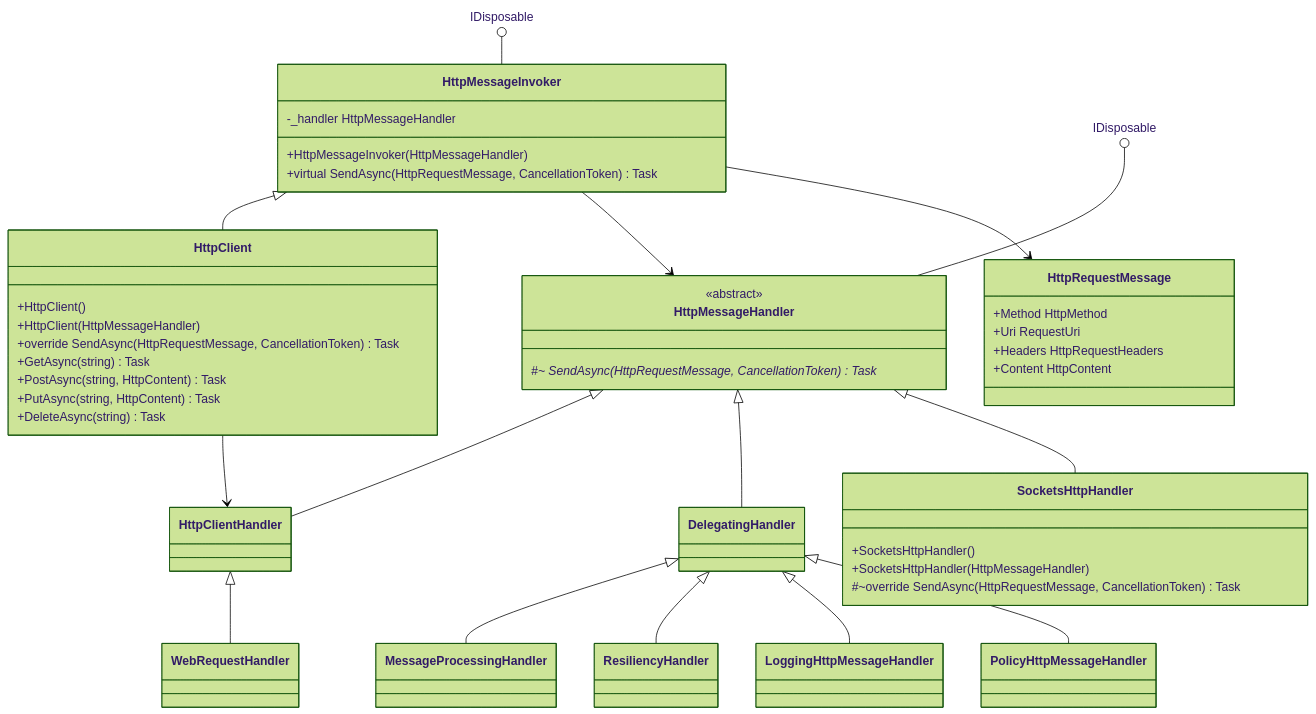
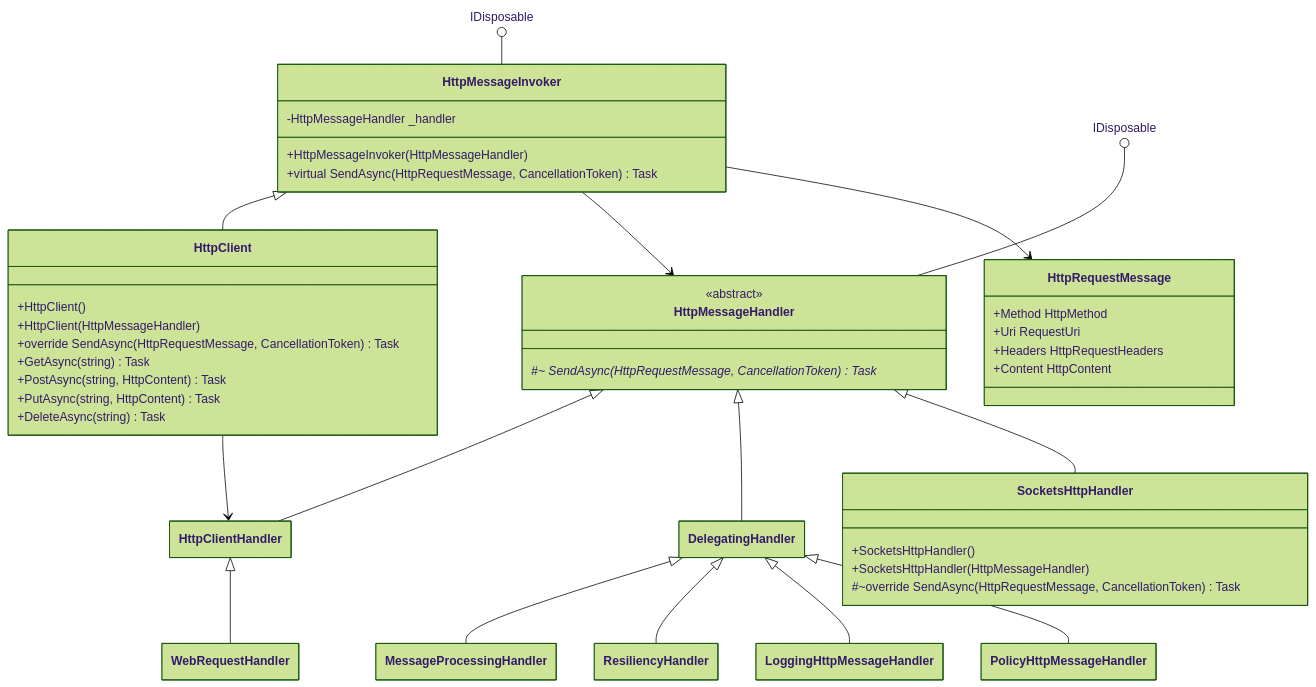
Before and after one commit to PacktPublishing/Expert-CSharp-Programming: the third of 6 diagrams in ch04/ClassHierarchies.md, drawn with Mermaid (forest theme). The commit also changed other lines of this file and 7 other files, not shown here.

````diff
--- a/ch04/ClassHierarchies.md
+++ b/ch04/ClassHierarchies.md
@@ -51,57 +65,61 @@
 ```mermaid
+---
+  config:
+    class:
+      hideEmptyMembersBox: true
+---
 classDiagram
     HttpMessageInvoker <|-- HttpClient
     HttpMessageHandler <|-- HttpClientHandler
     HttpMessageHandler <|-- DelegatingHandler
     DelegatingHandler <|-- MessageProcessingHandler
     DelegatingHandler <|-- ResiliencyHandler
     DelegatingHandler <|-- LoggingHttpMessageHandler
     DelegatingHandler <|-- PolicyHttpMessageHandler
     HttpMessageHandler <|-- SocketsHttpHandler
     HttpClientHandler <|-- WebRequestHandler
     HttpMessageInvoker --> HttpMessageHandler
     HttpMessageInvoker --> HttpRequestMessage
     HttpClient --> HttpClientHandler
     
 %%    note for HttpClientHandler "This is the default handler with the .NET Framework and up to .NET Core 2"
 %%    note for DelegatingHandler "This is the base class for delegating requests to inner handlers"
 %%    note for SocketsHttpHandler "This is the default handler with .NET Core 2.1 and up"
 
     IDisposable ()-- HttpMessageInvoker
     IDisposable ()-- HttpMessageHandler
 
     class HttpMessageInvoker{
-        -_handler HttpMessageHandler
+        -HttpMessageHandler _handler
         +HttpMessageInvoker(HttpMessageHandler)
         +virtual SendAsync(HttpRequestMessage, CancellationToken) Task<HttpResponseMessage>
     }
 
     class HttpClient{
         +HttpClient()
         +HttpClient(HttpMessageHandler)
         +override SendAsync(HttpRequestMessage, CancellationToken) Task<HttpResponseMessage>
         +GetAsync(string) Task<HttpResponseMessage>
         +PostAsync(string, HttpContent) Task<HttpResponseMessage>
         +PutAsync(string, HttpContent) Task<HttpResponseMessage>
         +DeleteAsync(string) Task<HttpResponseMessage>
     }
 
     class HttpMessageHandler{
         <<abstract>>
         #~ SendAsync(HttpRequestMessage, CancellationToken) Task<HttpResponseMessage>*
     }
 
     class SocketsHttpHandler{
         +SocketsHttpHandler()
         +SocketsHttpHandler(HttpMessageHandler)
         #~override SendAsync(HttpRequestMessage, CancellationToken) Task<HttpResponseMessage>
     }
 
     class HttpRequestMessage{
         +Method HttpMethod
         +Uri RequestUri
         +Headers HttpRequestHeaders
         +Content HttpContent
     }
-
 ```
````
